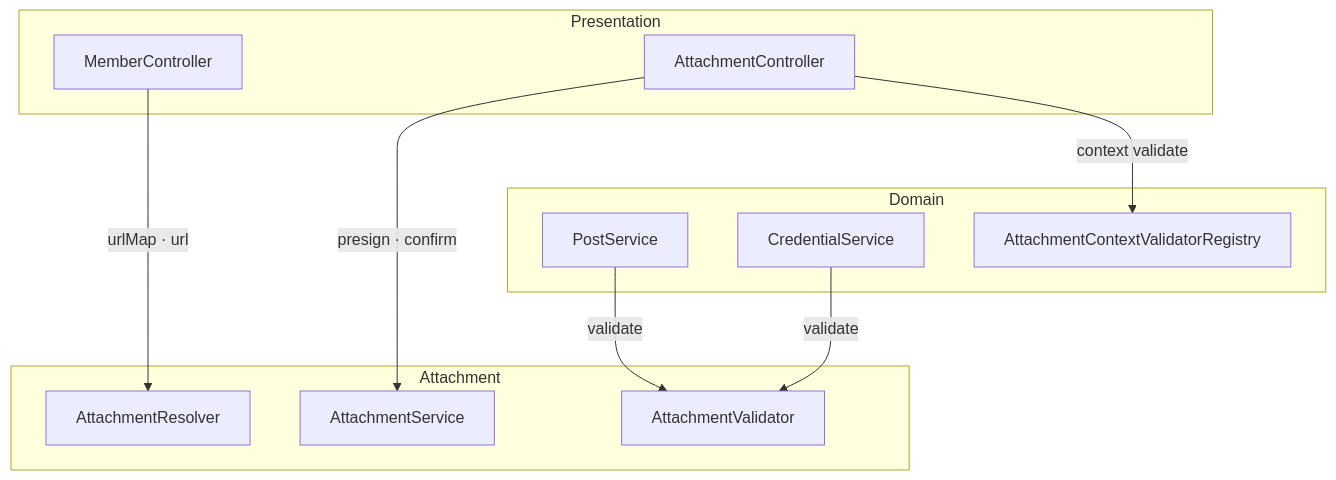
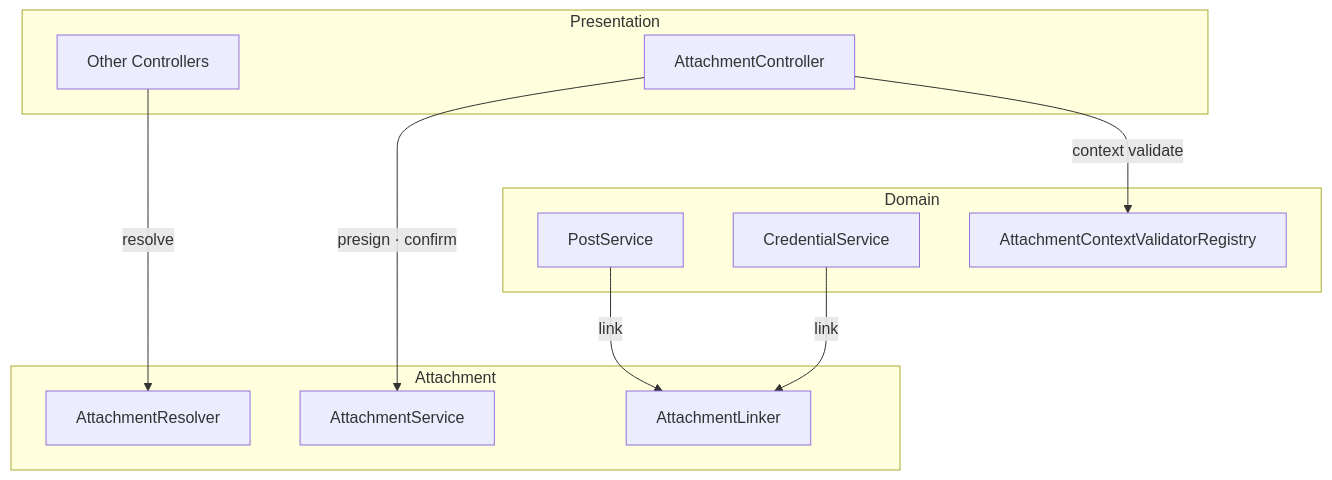
Before and after one commit to mortonCareer/bconnect: the fifth of 6 diagrams in apps/api/docs/project-structure.md, drawn with Mermaid. The commit also changed 3 other files, not shown here.

````diff
--- a/apps/api/docs/project-structure.md
+++ b/apps/api/docs/project-structure.md
@@ -135,22 +135,22 @@
 ```mermaid
 graph TD
   subgraph Presentation
-    MemberC[MemberController]
+    CS[Other Controllers]
     AttC[AttachmentController]
   end
   subgraph Domain
     PostS[PostService]
     CredS[CredentialService]
     Reg[AttachmentContextValidatorRegistry]
   end
   subgraph Attachment
     AttR[AttachmentResolver]
     AttS[AttachmentService]
-    AttV[AttachmentValidator]
+    AttL[AttachmentLinker]
   end
 
-  MemberC -->|urlMap · url| AttR
+  CS -->|resolve| AttR
   AttC -->|presign · confirm| AttS
   AttC -->|context validate| Reg
-  PostS & CredS -->|validate| AttV
+  PostS & CredS -->|link| AttL
 ```
````
